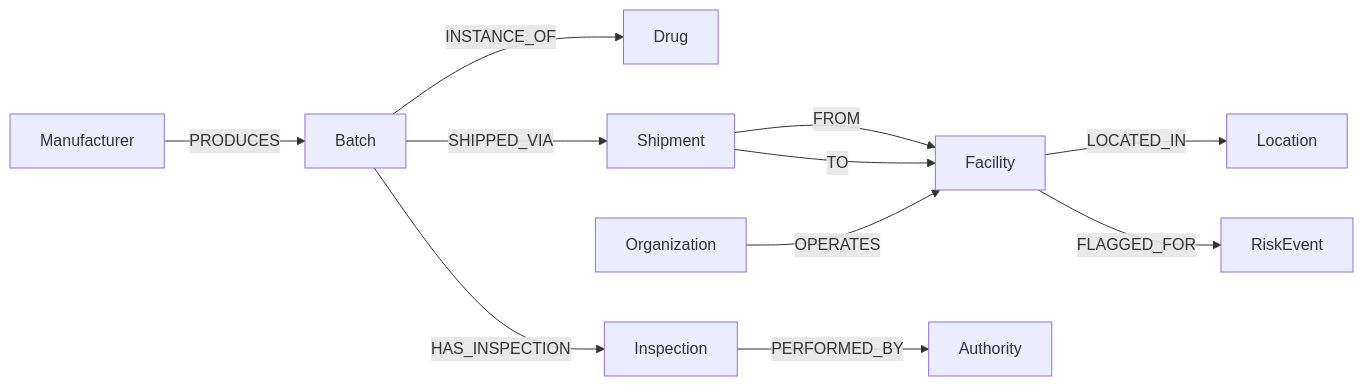
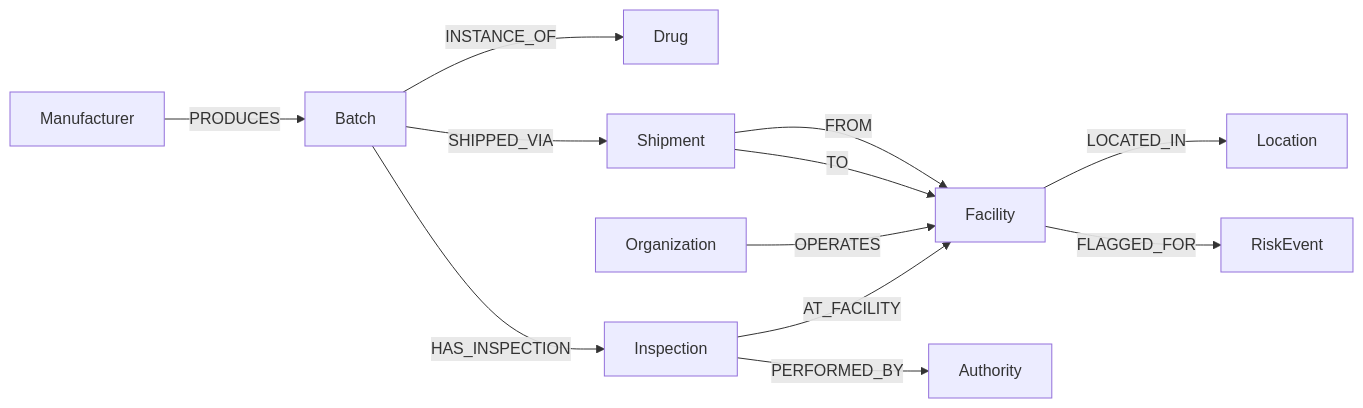
One commit to dm212/PharmRoute.Ai changed the second of 2 diagrams in README.md. Above: the diagram before and after it, drawn with Mermaid. The commit also changed other lines of this file and 2 other files, not shown here.

````diff
--- a/README.md
+++ b/README.md
@@ -43,13 +43,14 @@
 ```mermaid
 graph LR
     Manufacturer -->|PRODUCES| Batch
     Batch -->|INSTANCE_OF| Drug
     Batch -->|SHIPPED_VIA| Shipment
     Shipment -->|FROM| Facility
     Shipment -->|TO| Facility
     Organization -->|OPERATES| Facility
     Facility -->|LOCATED_IN| Location
     Batch -->|HAS_INSPECTION| Inspection
     Inspection -->|PERFORMED_BY| Authority
+    Inspection -->|AT_FACILITY| Facility
     Facility -->|FLAGGED_FOR| RiskEvent
 ```
````
